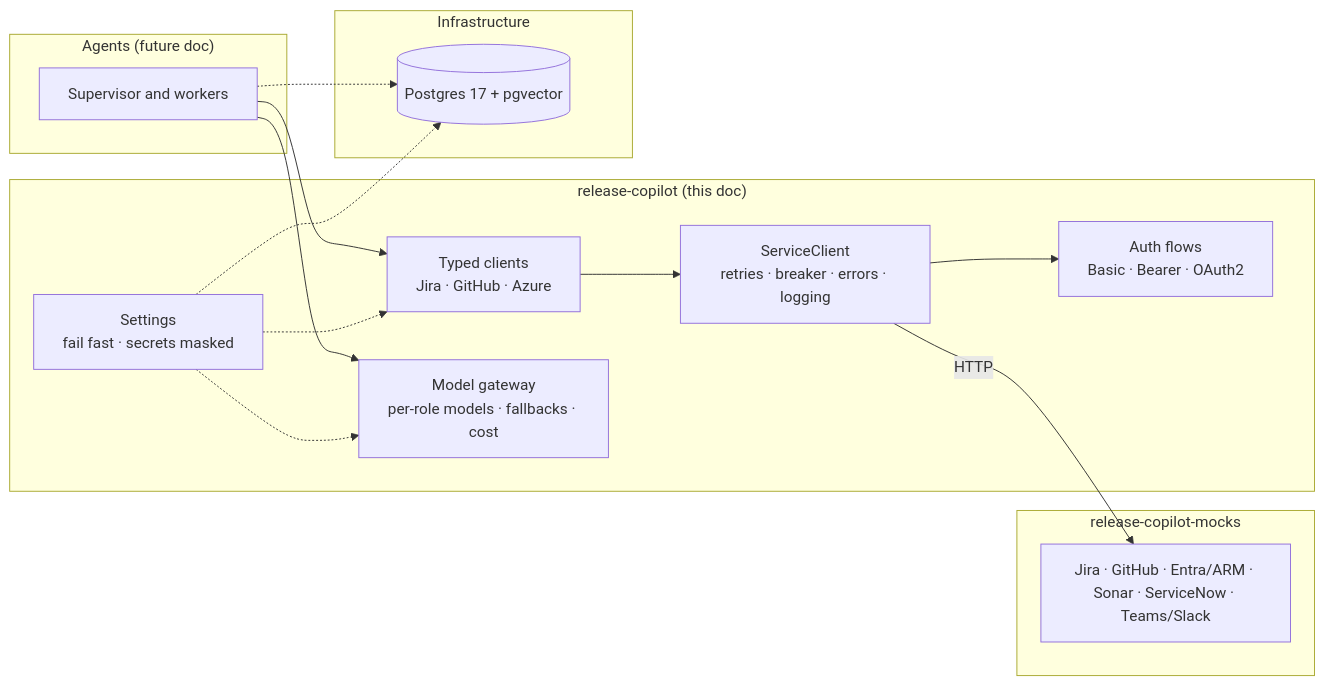
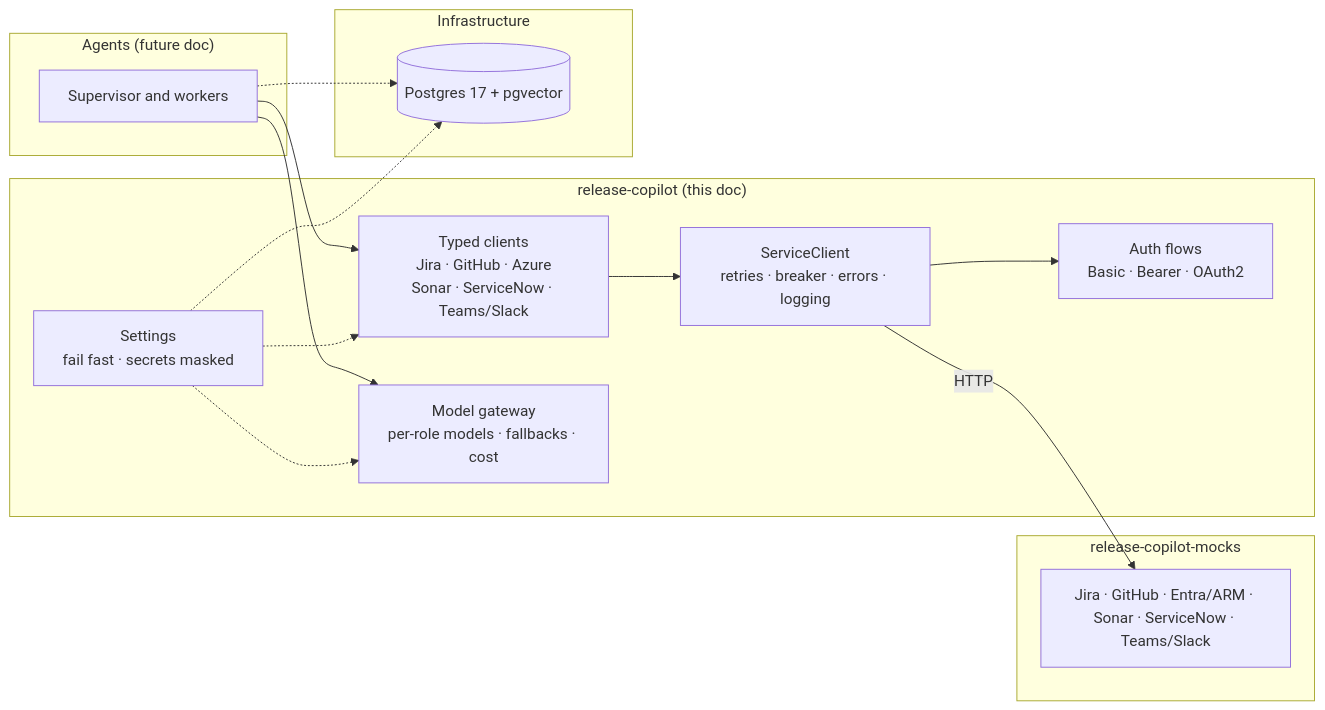
One commit to Aman-desta/release-copilot changed the first of 3 diagrams in docs/design-foundations-and-integrations.md. Above: the diagram before and after it, drawn with Mermaid. The commit also changed other lines of this file and 9 other files, not shown here.

Commit message:
T4: notify, serviceNow, and Sonar integration

````diff
--- a/docs/design-foundations-and-integrations.md
+++ b/docs/design-foundations-and-integrations.md
@@ -20,24 +20,24 @@
 ```mermaid
 flowchart LR
     subgraph agents["Agents (future doc)"]
         A[Supervisor and workers]
     end
     subgraph rc["release-copilot (this doc)"]
-        T[Typed clients<br/>Jira · GitHub · Azure]
+        T[Typed clients<br/>Jira · GitHub · Azure<br/>Sonar · ServiceNow · Teams/Slack]
         H[ServiceClient<br/>retries · breaker · errors · logging]
         AU[Auth flows<br/>Basic · Bearer · OAuth2]
         L[Model gateway<br/>per-role models · fallbacks · cost]
         C[Settings<br/>fail fast · secrets masked]
     end
     subgraph infra["Infrastructure"]
         PG[(Postgres 17 + pgvector)]
     end
     subgraph mocks["release-copilot-mocks"]
         M[Jira · GitHub · Entra/ARM · Sonar · ServiceNow · Teams/Slack]
     end
     A --> T --> H --> AU
     H -->|HTTP| M
     A --> L
     A -.-> PG
     C -.-> T & L & PG
 ```
````
